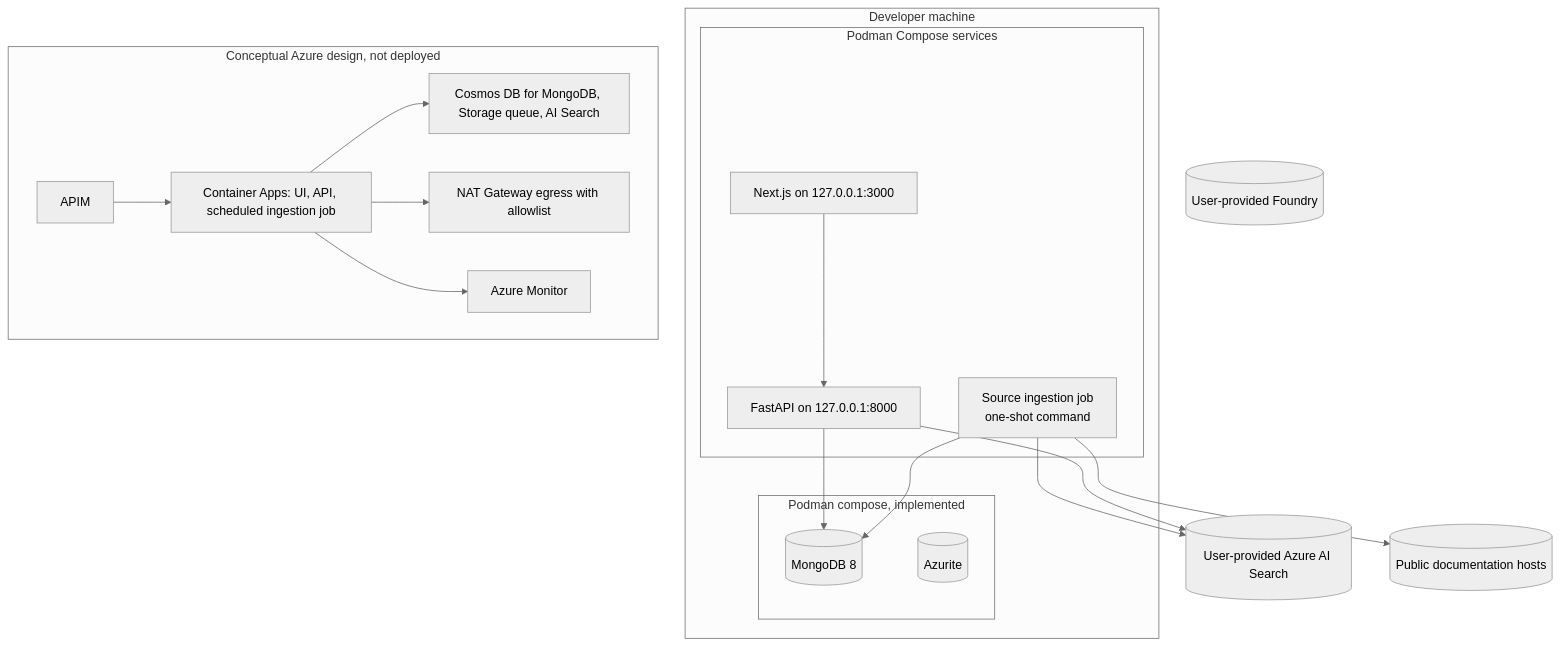
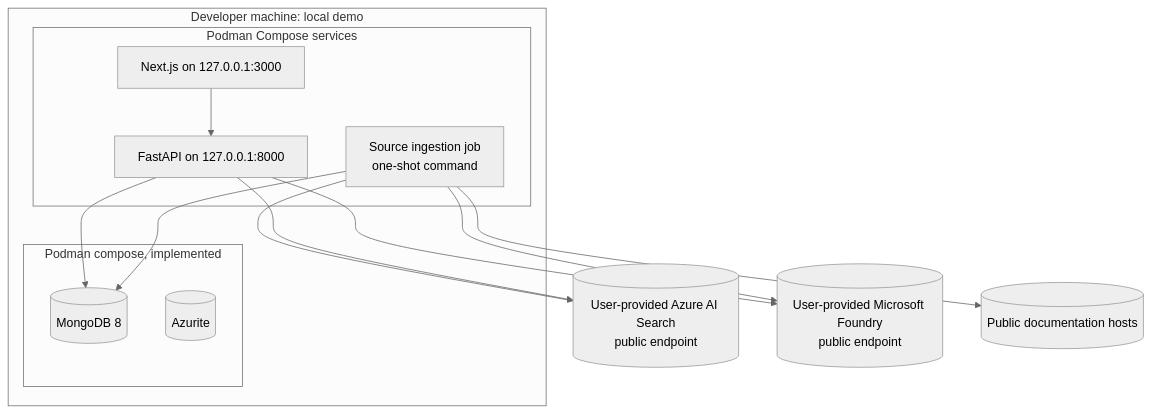
Before and after one commit to ubk1004/product-support-agent: the ninth of 9 diagrams in docs/architecture/architecture-overview.md, drawn with Mermaid (neutral theme). The commit also changed other lines of this file and 22 other files, not shown here.

Commit message:
Update author across documentation and architecture files

````diff
--- a/docs/architecture/architecture-overview.md
+++ b/docs/architecture/architecture-overview.md
@@ -385,36 +385,26 @@
 ```mermaid
 flowchart TB
-    subgraph Dev["Developer machine"]
+    subgraph Dev["Developer machine: local demo"]
         subgraph Podman["Podman compose, implemented"]
             Mongo[(MongoDB 8)]
             Azurite[(Azurite)]
         end
         subgraph Processes["Podman Compose services"]
             NextJS["Next.js on 127.0.0.1:3000"]
             FastAPI["FastAPI on 127.0.0.1:8000"]
             Job["Source ingestion job<br/>one-shot command"]
         end
     end
-    Search[(User-provided Azure AI Search)]
-    Foundry[(User-provided Foundry)]
+    Search[(User-provided Azure AI Search<br/>public endpoint)]
+    Foundry[(User-provided Microsoft Foundry<br/>public endpoint)]
     Docs[(Public documentation hosts)]
 
     NextJS --> FastAPI
     FastAPI --> Mongo
     Job --> Mongo
     Job --> Docs
     Job --> Search
     FastAPI --> Search
-
-    subgraph Cloud["Conceptual Azure design, not deployed"]
-        APIM[APIM]
-        ACA["Container Apps: UI, API, scheduled ingestion job"]
-        Data[Cosmos DB for MongoDB, Storage queue, AI Search]
-        Egress[NAT Gateway egress with allowlist]
-        Obs[Azure Monitor]
-        APIM --> ACA
-        ACA --> Data
-        ACA --> Egress
-        ACA --> Obs
-    end
+    FastAPI --> Foundry
+    Job --> Foundry
 ```
````
